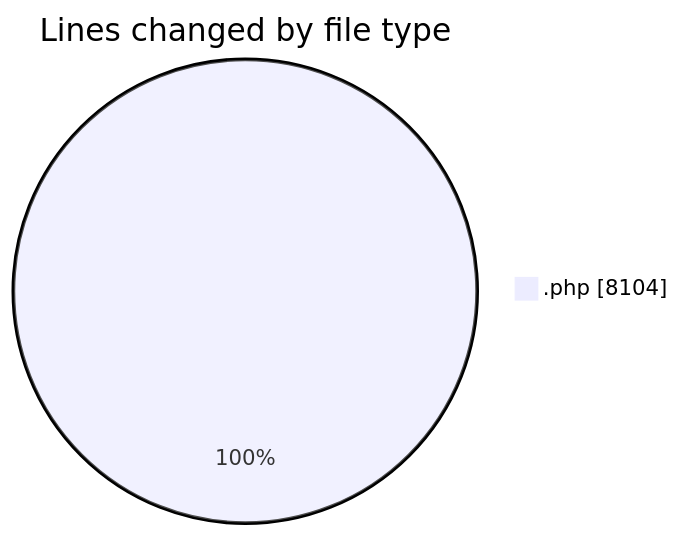
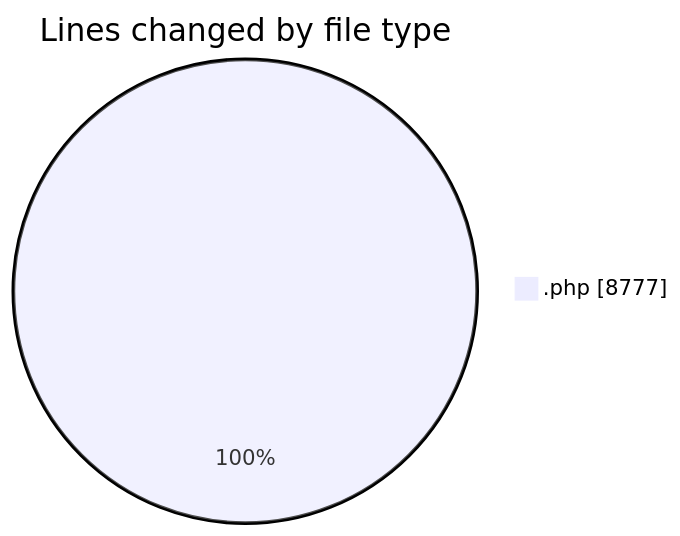
Before and after one commit to vahidmafi/code-tracking: the first of 2 diagrams in 2025-07-21/shop/README.md, drawn with Mermaid. The commit also changed other lines of this file and 1 other file, not shown here.

````diff
--- a/2025-07-21/shop/README.md
+++ b/2025-07-21/shop/README.md
@@ -23,5 +24,5 @@
 ```mermaid
 pie showData
 title Lines changed by file type
-".php" : 8104
+".php" : 8777
 ```
````
